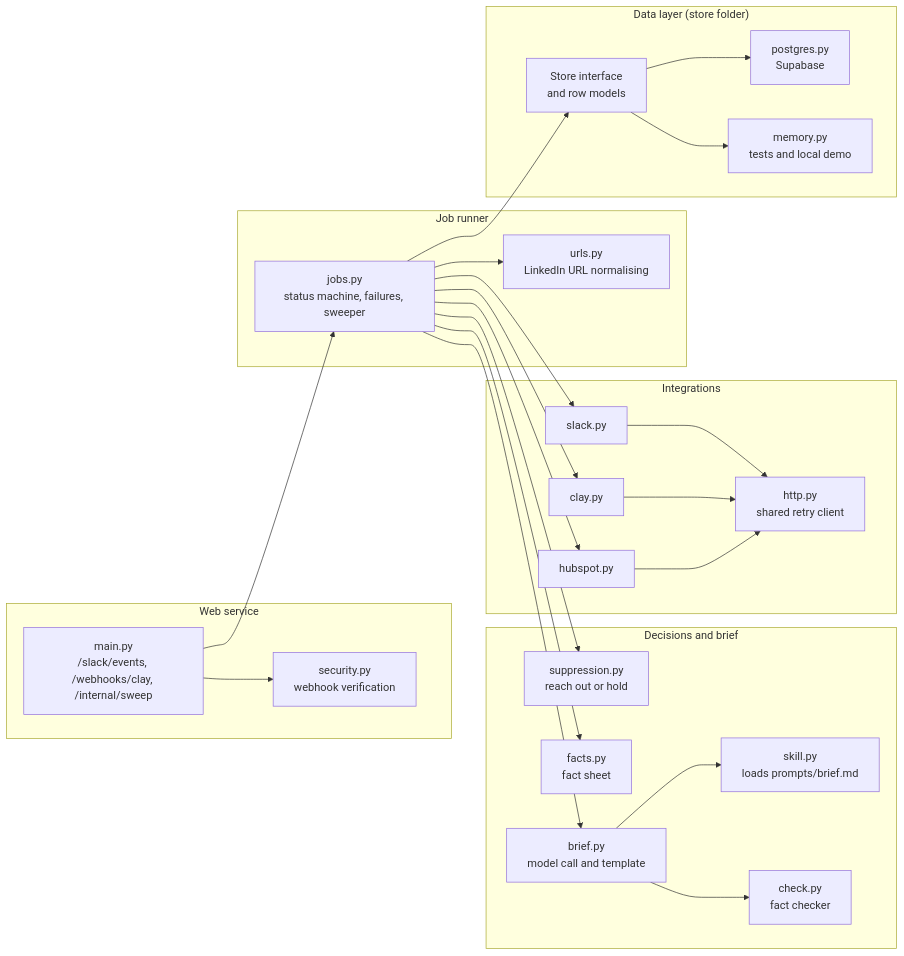
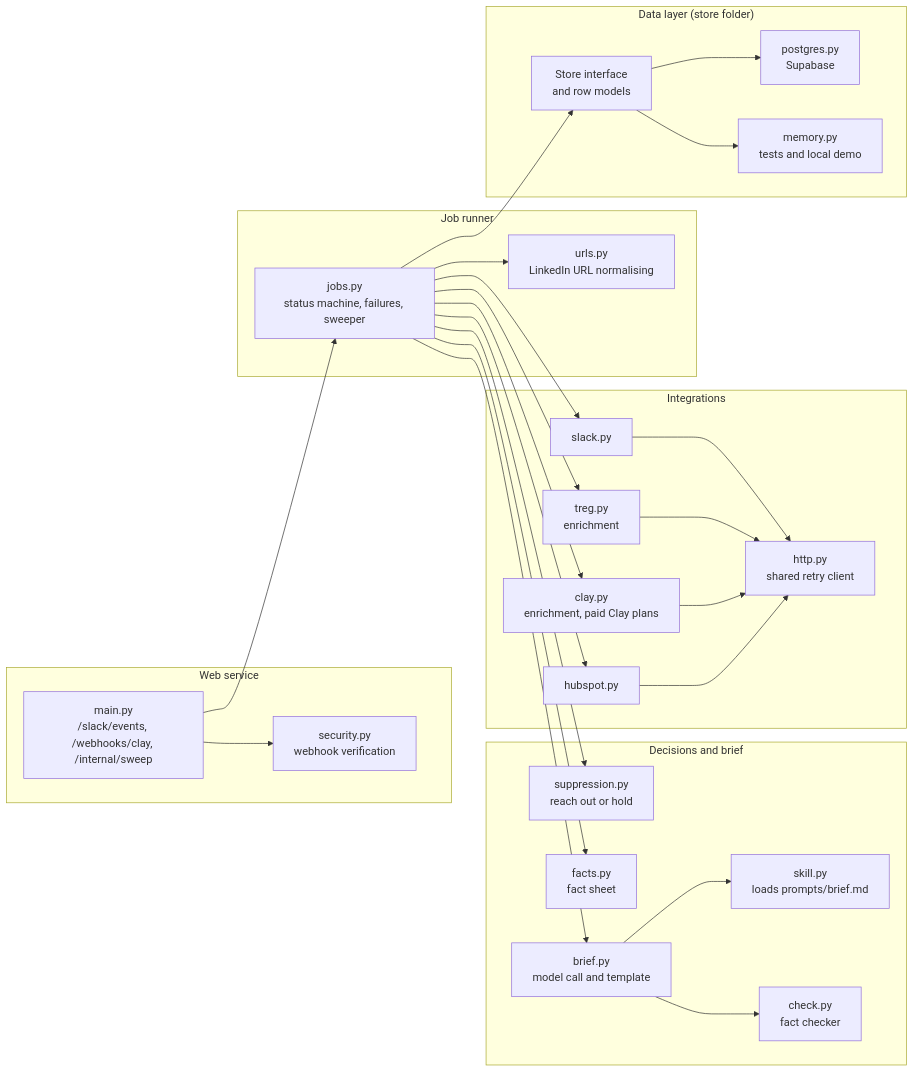
Before and after one commit to aloks1490/lead-research-bot: the second of 2 diagrams in README.md, drawn with Mermaid. The commit also changed other lines of this file and 13 other files, not shown here.

First line of the commit message:
Enrichment through treg; Clay stays as an option for paid plans

````diff
--- a/README.md
+++ b/README.md
@@ -239,46 +253,49 @@
 ```mermaid
 flowchart LR
     subgraph web["Web service"]
         main["main.py<br/>/slack/events, /webhooks/clay, /internal/sweep"]
         security["security.py<br/>webhook verification"]
     end
     subgraph runner["Job runner"]
         jobs["jobs.py<br/>status machine, failures, sweeper"]
         urls["urls.py<br/>LinkedIn URL normalising"]
     end
     subgraph decide["Decisions and brief"]
         suppression["suppression.py<br/>reach out or hold"]
         facts["facts.py<br/>fact sheet"]
         brief["brief.py<br/>model call and template"]
         skill["skill.py<br/>loads prompts/brief.md"]
         check["check.py<br/>fact checker"]
     end
     subgraph integrations["Integrations"]
         slack["slack.py"]
-        clay["clay.py"]
+        treg["treg.py<br/>enrichment"]
+        clay["clay.py<br/>enrichment, paid Clay plans"]
         hubspot["hubspot.py"]
         http["http.py<br/>shared retry client"]
     end
     subgraph data["Data layer (store folder)"]
         store["Store interface<br/>and row models"]
         postgres["postgres.py<br/>Supabase"]
         memory["memory.py<br/>tests and local demo"]
     end
     main --> security
     main --> jobs
     jobs --> urls
     jobs --> suppression
     jobs --> facts
     jobs --> brief
     brief --> skill
     brief --> check
     jobs --> slack
+    jobs --> treg
     jobs --> clay
     jobs --> hubspot
     slack --> http
+    treg --> http
     clay --> http
     hubspot --> http
     jobs --> store
     store --> postgres
     store --> memory
 ```
````
